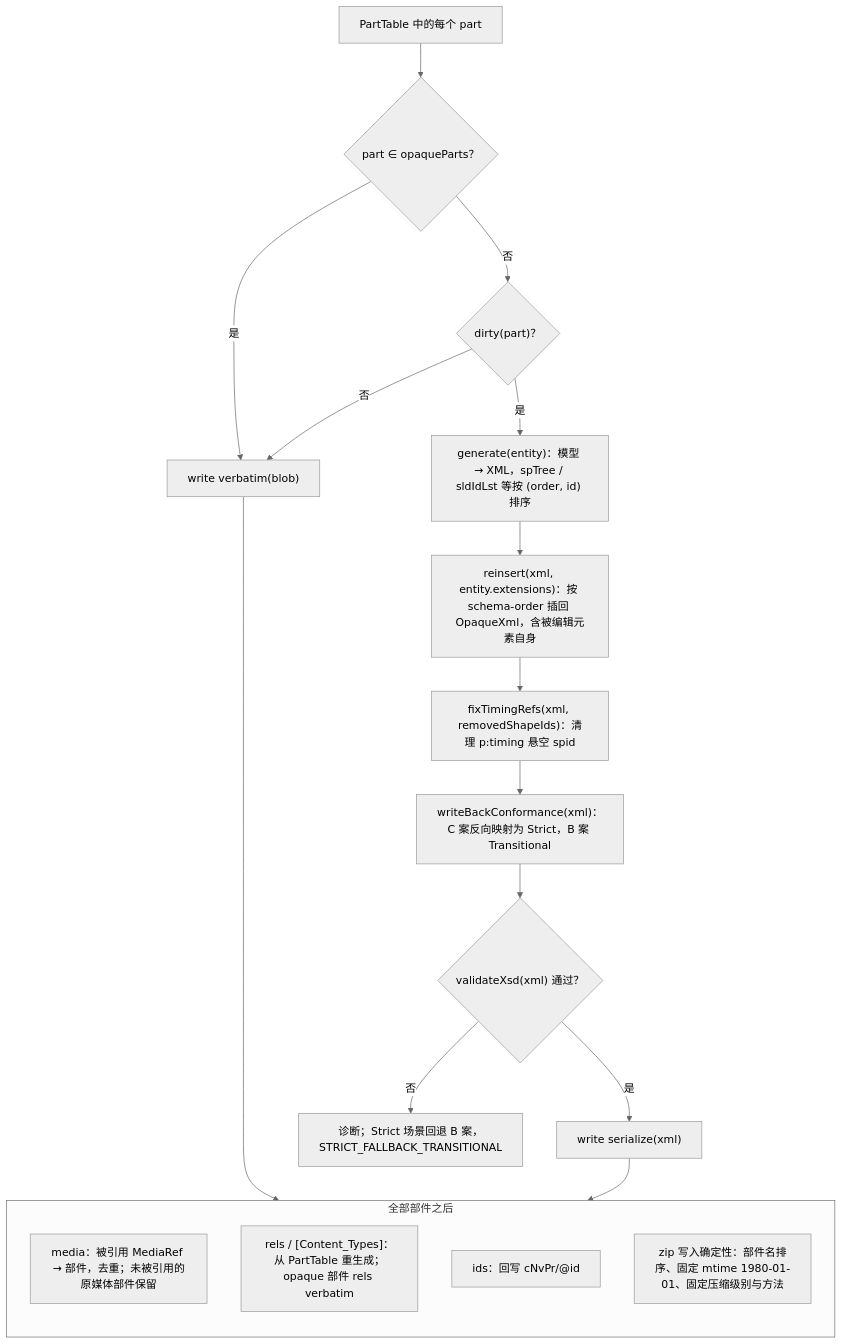
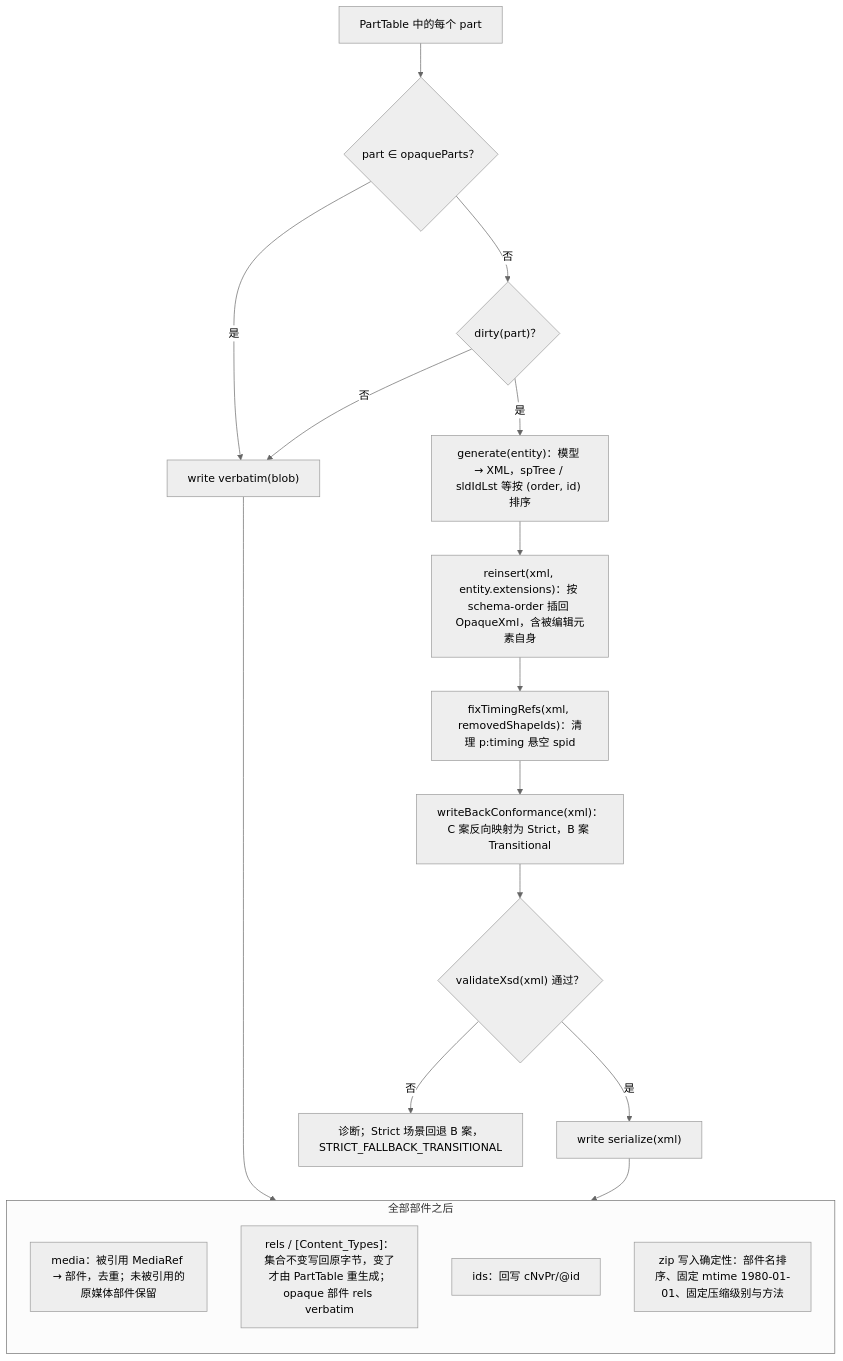
One commit to Xeonice/cordis-ppt-editor changed diagram 11 of 12 in docs/30-architecture/04-document-model.md. Above: the diagram before and after it, drawn with Mermaid (neutral theme). The commit also changed other lines of this file and 78 other files, not shown here.

````diff
--- a/docs/30-architecture/04-document-model.md
+++ b/docs/30-architecture/04-document-model.md
@@ -723,23 +921,23 @@
 ```mermaid
 flowchart TB
   part["PartTable 中的每个 part"] --> qOpaque{"part ∈ opaqueParts？"}
   qOpaque -- "是" --> verbatim["write verbatim#40;blob#41;"]
   qOpaque -- "否" --> qDirty{"dirty#40;part#41;？"}
   qDirty -- "否" --> verbatim
   qDirty -- "是" --> generate["generate#40;entity#41;：模型 → XML，spTree / sldIdLst 等按 #40;order, id#41; 排序"]
   generate --> reinsert["reinsert#40;xml, entity.extensions#41;：按 schema-order 插回 OpaqueXml，含被编辑元素自身"]
   reinsert --> fixTiming["fixTimingRefs#40;xml, removedShapeIds#41;：清理 p:timing 悬空 spid"]
   fixTiming --> conformance["writeBackConformance#40;xml#41;：C 案反向映射为 Strict，B 案 Transitional"]
   conformance --> xsd{"validateXsd#40;xml#41; 通过？"}
   xsd -- "是" --> write["write serialize#40;xml#41;"]
   xsd -- "否" --> fallback["诊断；Strict 场景回退 B 案，STRICT_FALLBACK_TRANSITIONAL"]
   verbatim --> tail
   write --> tail
   subgraph tail["全部部件之后"]
     direction TB
     media["media：被引用 MediaRef → 部件，去重；未被引用的原媒体部件保留"]
-    rels["rels / #91;Content_Types#93;：从 PartTable 重生成；opaque 部件 rels verbatim"]
+    rels["rels / #91;Content_Types#93;：集合不变写回原字节，变了才由 PartTable 重生成；opaque 部件 rels verbatim"]
     ids["ids：回写 cNvPr/@id"]
     zip["zip 写入确定性：部件名排序、固定 mtime 1980-01-01、固定压缩级别与方法"]
   end
 ```
````
